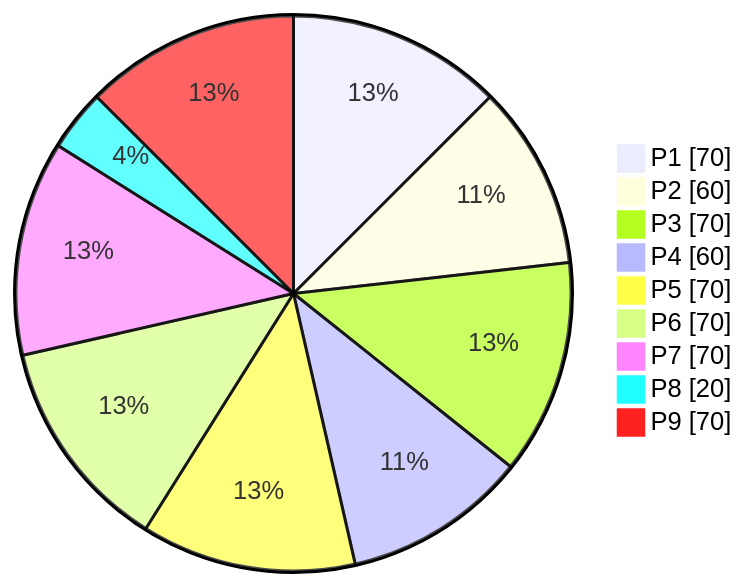
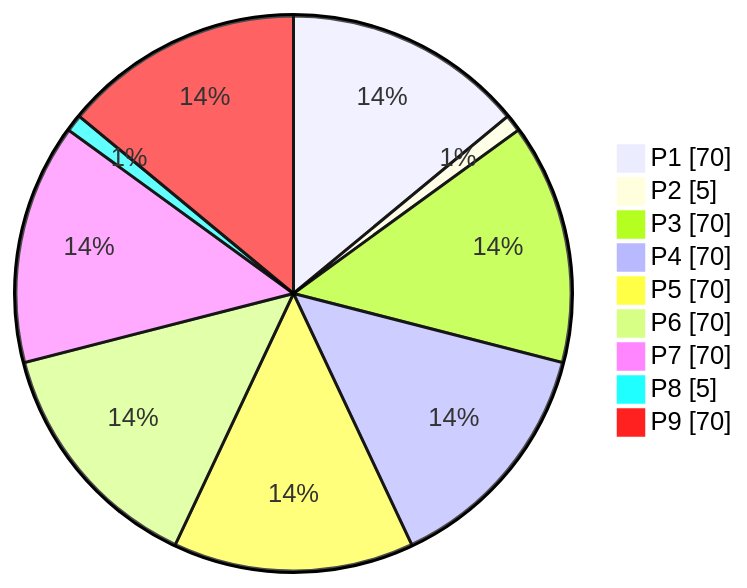
Before and after one commit to Azrea-Shade/Trader-Forge: the diagram in PHASES-1-9_Debugging_Progress.md, drawn with Mermaid. The commit also changed other lines of this file, not shown here.

````diff
--- a/PHASES-1-9_Debugging_Progress.md
+++ b/PHASES-1-9_Debugging_Progress.md
@@ -23,12 +23,12 @@
 ```mermaid
 pie showData
   "P1" : 70
-  "P2" : 60
+  "P2" : 5
   "P3" : 70
-  "P4" : 60
+  "P4" : 70
   "P5" : 70
   "P6" : 70
   "P7" : 70
-  "P8" : 20
+  "P8" : 5
   "P9" : 70
 ```
````
